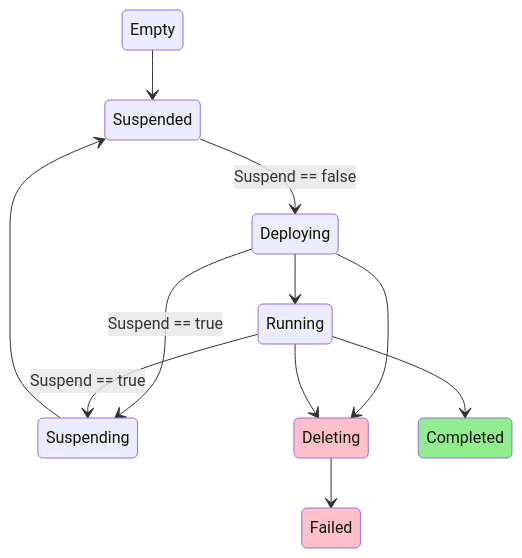
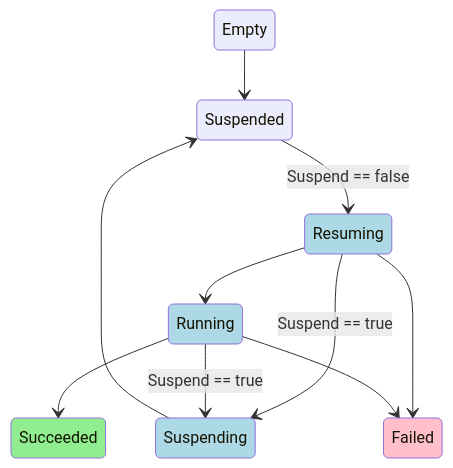
The diagram in docs/state-diagram.md (project-codeflare/appwrapper), drawn with Mermaid before and after one commit. The commit also changed other lines of this file and 4 other files, not shown here.

````diff
--- a/docs/state-diagram.md
+++ b/docs/state-diagram.md
@@ -4,36 +19,37 @@
 ```mermaid
 stateDiagram-v2
     e : Empty
 
     sd : Suspended
-    dp : Deploying
-    r: Running
-    sg: Suspending
-    dl: Deleting
-    c: Completed
-    f: Failed
+    rs : Resuming
+    rn : Running
+    sg : Suspending
+    s  : Succeeded
+    f  : Failed
 
     %% Happy Path
     e --> sd
-    sd --> dp : Suspend == false
-    dp --> r
-    r --> c
+    sd --> rs : Suspend == false
+    rs --> rn
+    rn --> s
 
     %% Requeuing
-    dp --> sg : Suspend == true
-    r --> sg : Suspend == true
+    rs --> sg : Suspend == true
+    rn --> sg : Suspend == true
     sg --> sd
 
     %% Failures
-    dp --> dl
-    r --> dl
-    dl --> f
+    rs --> f
+    rn --> f
 
+    classDef quota fill:lightblue
+    class rs quota
+    class rn quota
+    class sg quota
 
     classDef failed fill:pink
-    class dl failed
     class f failed
 
     classDef succeeded fill:lightgreen
-    class c succeeded
+    class s succeeded
 ```
````
